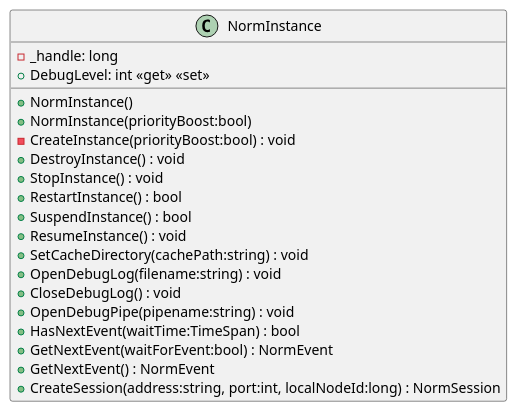
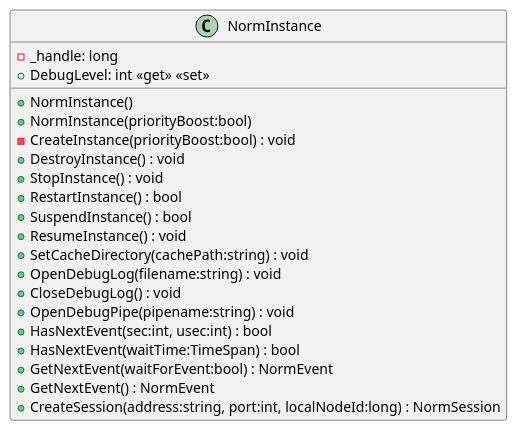
Before and after one commit to mullerj/norm: the diagram in src/dotnet/design/Mil/Navy/Nrl/Norm/NormInstance.puml, drawn with PlantUML. The commit also changed 2 other files, not shown here.

Commit message:
Added HasNextEvent overload

```diff
--- a/src/dotnet/design/Mil/Navy/Nrl/Norm/NormInstance.puml
+++ b/src/dotnet/design/Mil/Navy/Nrl/Norm/NormInstance.puml
@@ -1,22 +1,23 @@
 @startuml
 class NormInstance {
     - _handle: long
     + NormInstance()
     + NormInstance(priorityBoost:bool)
     - CreateInstance(priorityBoost:bool) : void
     + DestroyInstance() : void
     + StopInstance() : void
     + RestartInstance() : bool
     + SuspendInstance() : bool
     + ResumeInstance() : void
     + SetCacheDirectory(cachePath:string) : void
     + OpenDebugLog(filename:string) : void
     + CloseDebugLog() : void
     + OpenDebugPipe(pipename:string) : void
     + DebugLevel: int <<get>> <<set>>
+    + HasNextEvent(sec:int, usec:int) : bool
     + HasNextEvent(waitTime:TimeSpan) : bool
     + GetNextEvent(waitForEvent:bool) : NormEvent
     + GetNextEvent() : NormEvent
     + CreateSession(address:string, port:int, localNodeId:long) : NormSession
 }
 @enduml
```
